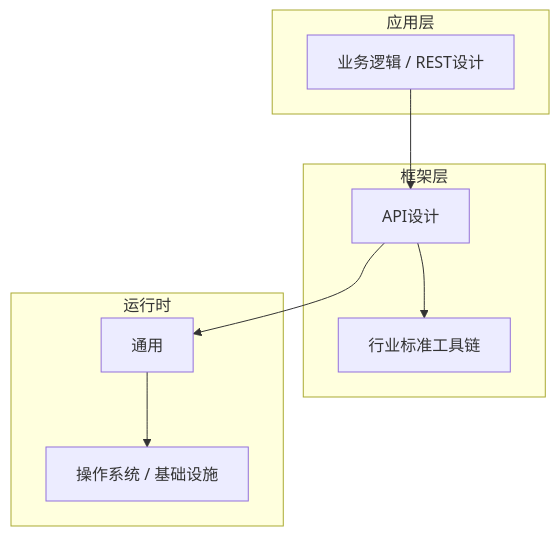
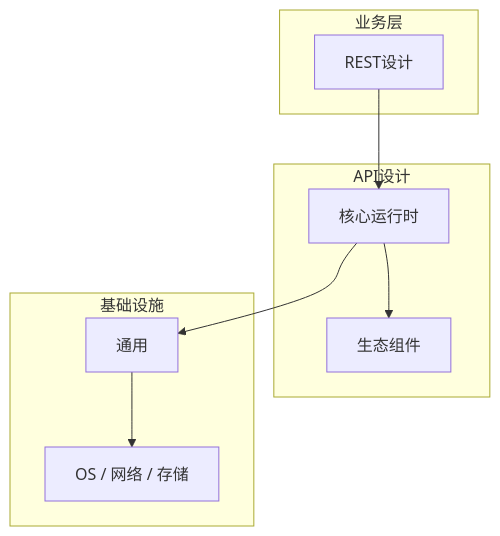
Before and after one commit to yanggan2015/knowledge-json-v2: the diagram in articles/API设计/chapters/007-REST设计核心概念与原理.md, drawn with Mermaid. The commit also changed other lines of this file and 10127 other files, not shown here.

````diff
--- a/articles/API设计/chapters/007-REST设计核心概念与原理.md
+++ b/articles/API设计/chapters/007-REST设计核心概念与原理.md
@@ -45,18 +34,18 @@
 ```mermaid
 graph TB
-    subgraph 应用层
-        A[业务逻辑 / REST设计]
+    subgraph 业务层
+        A[REST设计]
     end
-    subgraph 框架层
-        B[API设计]
-        C[行业标准工具链]
+    subgraph API设计
+        B[核心运行时]
+        C[生态组件]
     end
-    subgraph 运行时
+    subgraph 基础设施
         D[通用]
-        E[操作系统 / 基础设施]
+        E[OS / 网络 / 存储]
     end
     A --> B
     B --> C
     B --> D
     D --> E
 ```
````
